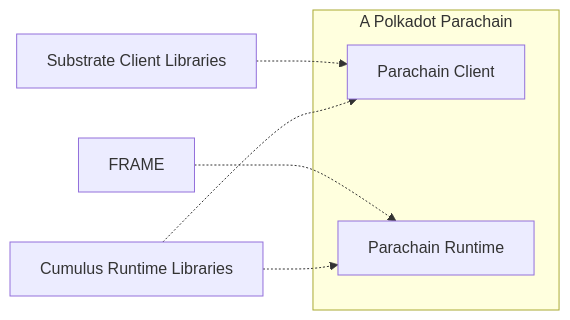
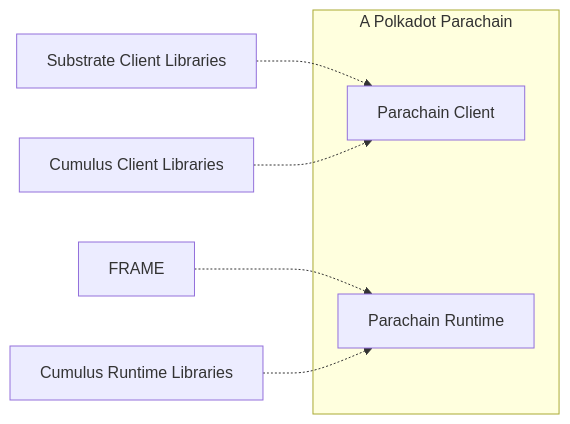
One commit to paritytech/polkadot-sdk changed the diagram in docs/mermaid/polkadot_sdk_parachain.mmd. Above: the diagram before and after it, drawn with Mermaid. The commit also changed 5 other files, not shown here.

```diff
--- a/docs/mermaid/polkadot_sdk_parachain.mmd
+++ b/docs/mermaid/polkadot_sdk_parachain.mmd
@@ -1,11 +1,11 @@
 flowchart LR
 	subgraph Parachain[A Polkadot Parachain]
 		ParachainClient[Parachain Client]
 		ParachainRuntime[Parachain Runtime]
 	end
 
     FRAME -.-> ParachainRuntime
     Substrate[Substrate Client Libraries] -.-> ParachainClient
 
-    Cumulus[Cumulus Client Libraries] -.-> ParachainClient
-    Cumulus[Cumulus Runtime Libraries] -.-> ParachainRuntime
+    CumulusC[Cumulus Client Libraries] -.-> ParachainClient
+    CumulusR[Cumulus Runtime Libraries] -.-> ParachainRuntime
```
